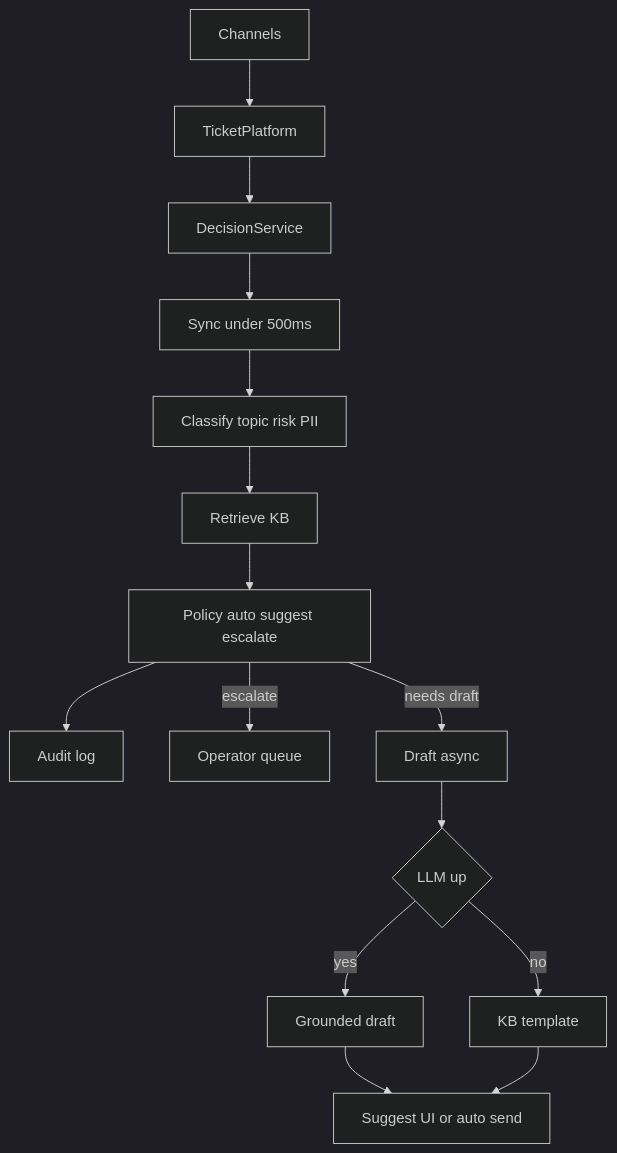
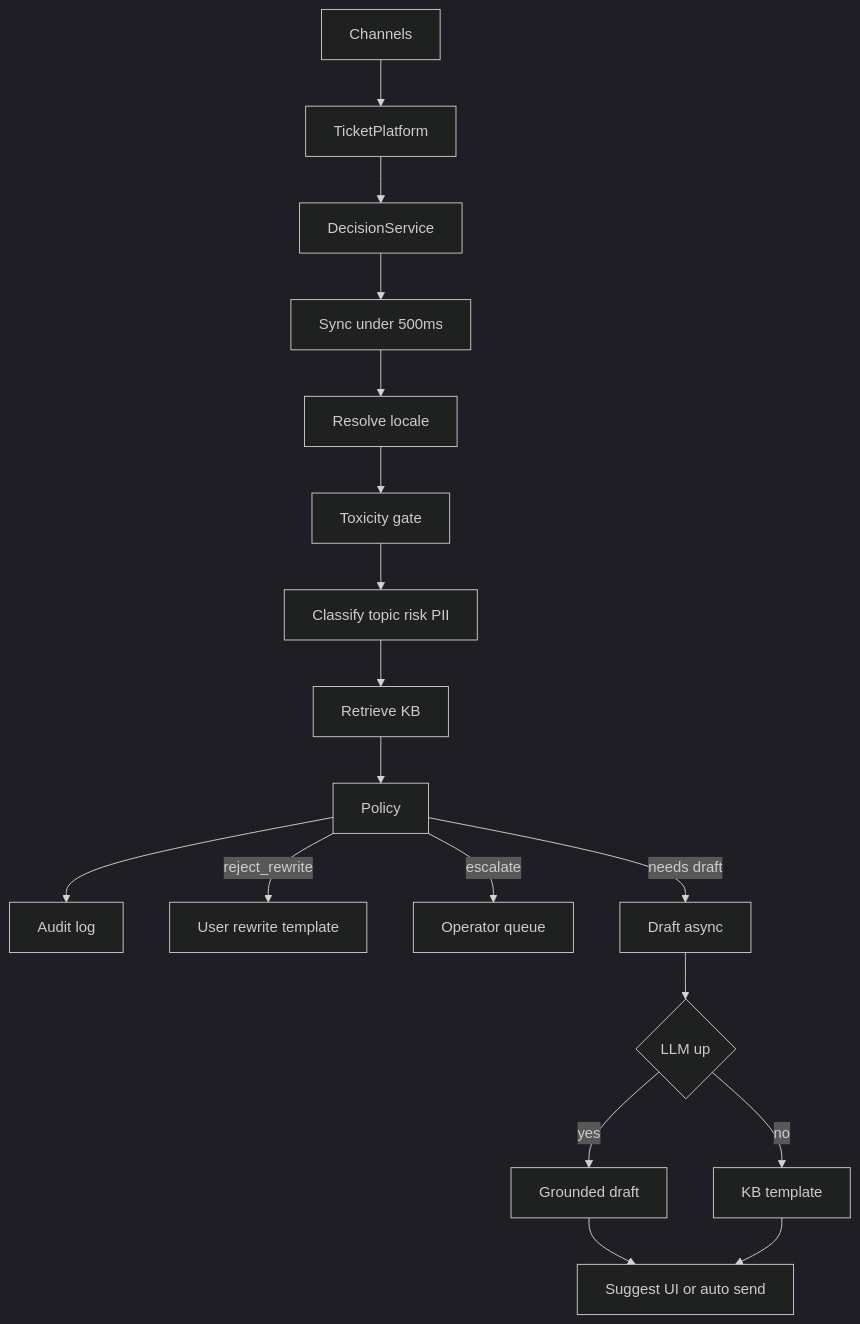
The diagram in docs/architecture.md (Roman-Fedoseev/itmo-exam), drawn with Mermaid (dark theme) before and after one commit. The commit also changed other lines of this file and 16 other files, not shown here.

First line of the commit message:
feat: stress-test locale toxicity multi-intent and burst

````diff
--- a/docs/architecture.md
+++ b/docs/architecture.md
@@ -43,17 +70,20 @@
 ```mermaid
 flowchart TD
   channels[Channels] --> ticketPlatform[TicketPlatform]
   ticketPlatform --> decisionSvc[DecisionService]
   decisionSvc --> syncPath[Sync under 500ms]
-  syncPath --> classify[Classify topic risk PII]
+  syncPath --> localeStep[Resolve locale]
+  localeStep --> toxicityGate[Toxicity gate]
+  toxicityGate --> classify[Classify topic risk PII]
   classify --> retrieve[Retrieve KB]
-  retrieve --> policy[Policy auto suggest escalate]
+  retrieve --> policy[Policy]
   policy --> audit[Audit log]
+  policy -->|reject_rewrite| rewriteUser[User rewrite template]
   policy -->|escalate| human[Operator queue]
   policy -->|needs draft| draftQ[Draft async]
   draftQ --> llmOk{LLM up}
   llmOk -->|yes| draft[Grounded draft]
   llmOk -->|no| template[KB template]
   draft --> agentOrUser[Suggest UI or auto send]
   template --> agentOrUser
 ```
````
